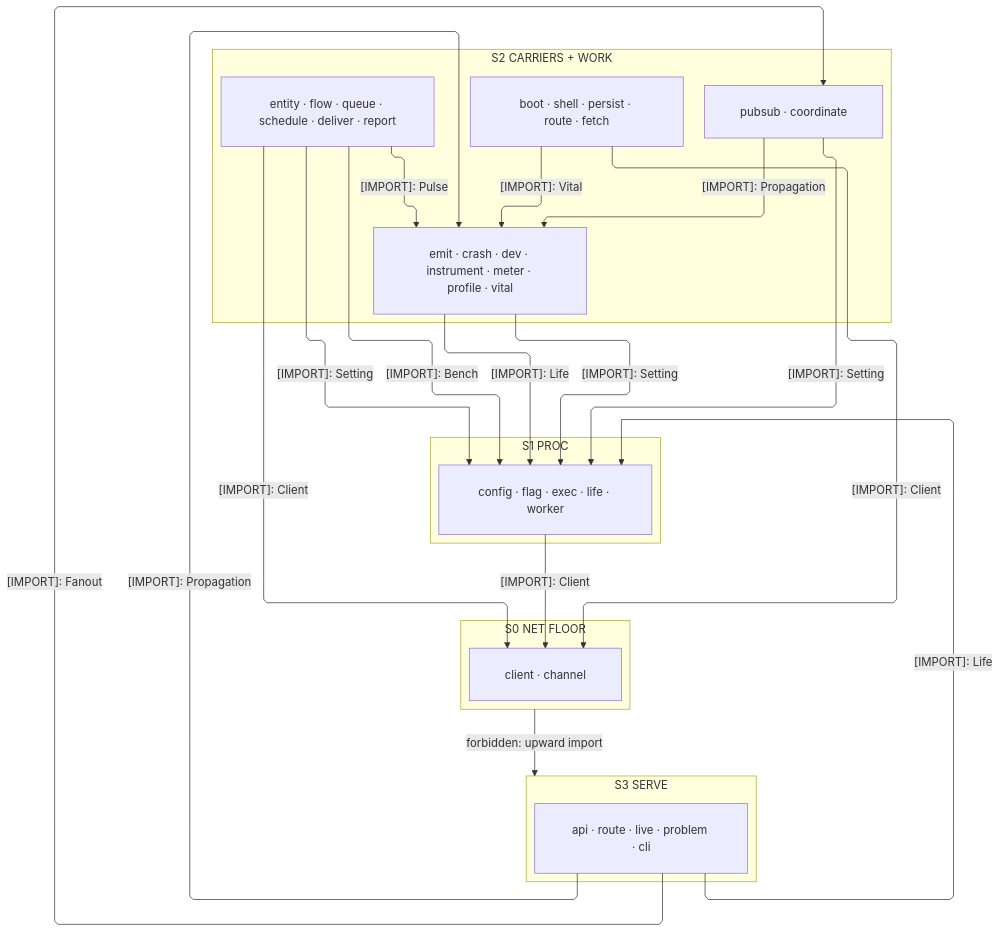
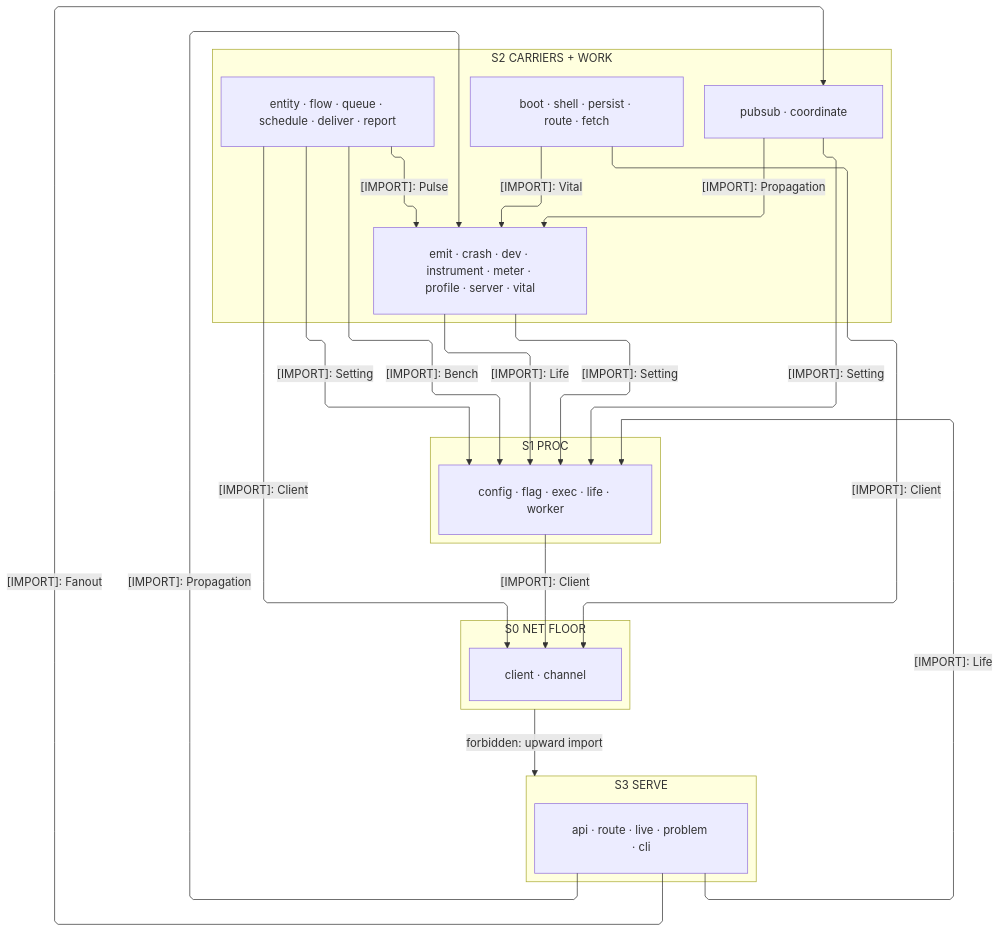
Before and after one commit to bsamiee/Rasm: the first of 3 diagrams in libs/typescript/runtime/ARCHITECTURE.md, drawn with Mermaid. The commit also changed other lines of this file and 189 other files, not shown here.

````diff
--- a/libs/typescript/runtime/ARCHITECTURE.md
+++ b/libs/typescript/runtime/ARCHITECTURE.md
@@ -66,43 +67,43 @@
 ```mermaid
 ---
 config:
   layout: elk
   flowchart:
     curve: linear
     padding: 25
 ---
 flowchart TB
     accTitle: Runtime interior import strata
     accDescr: Four strata — serve over the carriers, browser and work at the same rank, over proc onto the net floor; lateral edges stay inside S2.
     subgraph S3["S3 SERVE"]
         Serve["api · route · live · problem · cli"]
     end
     subgraph S2["S2 CARRIERS + WORK"]
         Fanout["pubsub · coordinate"]
-        Otel["emit · crash · dev · instrument · meter · profile · vital"]
+        Otel["emit · crash · dev · instrument · meter · profile · server · vital"]
         Browser["boot · shell · persist · route · fetch"]
         Work["entity · flow · queue · schedule · deliver · report"]
     end
     subgraph S1["S1 PROC"]
         Proc["config · flag · exec · life · worker"]
     end
     subgraph S0["S0 NET FLOOR"]
         NetFloor["client · channel"]
     end
     Proc e1@-->|"[IMPORT]: Client"| NetFloor
     Fanout e2@-->|"[IMPORT]: Setting"| Proc
     Otel e3@-->|"[IMPORT]: Life"| Proc
     Otel e11@-->|"[IMPORT]: Setting"| Proc
     Browser e4@-->|"[IMPORT]: Client"| NetFloor
     Work e5@-->|"[IMPORT]: Setting"| Proc
     Work e6@-->|"[IMPORT]: Client"| NetFloor
     Work e10@-->|"[IMPORT]: Bench"| Proc
     Work e12@-->|"[IMPORT]: Pulse"| Otel
     Browser e13@-->|"[IMPORT]: Vital"| Otel
     Fanout e14@-->|"[IMPORT]: Propagation"| Otel
     Serve e7@-->|"[IMPORT]: Fanout"| Fanout
     Serve e8@-->|"[IMPORT]: Propagation"| Otel
     Serve e9@-->|"[IMPORT]: Life"| Proc
     Serve ~~~ Fanout
     S0 f1@-->|"forbidden: upward import"| S3
 ```
````
